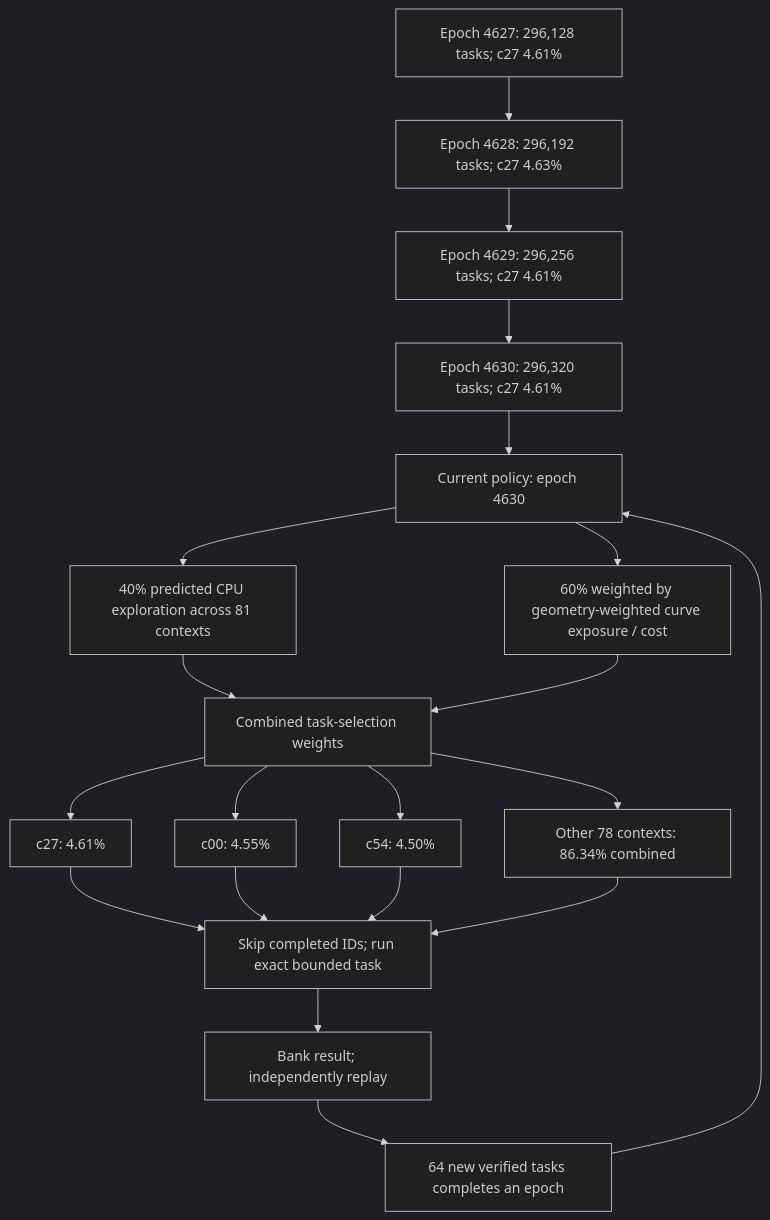
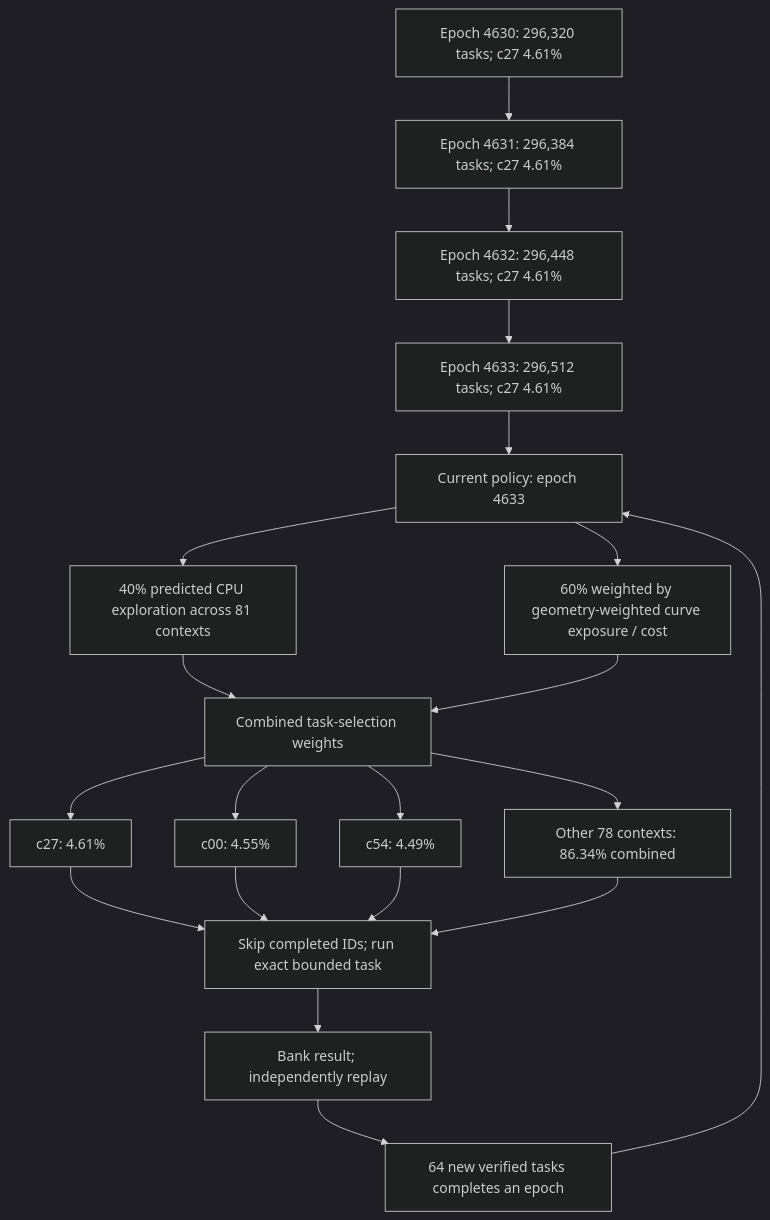
The first of 3 diagrams in README.md (Kuberwastaken/math-gambling), drawn with Mermaid (dark theme) before and after one commit. The commit also changed other lines of this file and 2344 other files, not shown here.

````diff
--- a/README.md
+++ b/README.md
@@ -60,27 +60,27 @@
 ```mermaid
 flowchart TD
-    H0["Epoch 4627: 296,128 tasks; c27 4.61%"]
-    H1["Epoch 4628: 296,192 tasks; c27 4.63%"]
+    H0["Epoch 4630: 296,320 tasks; c27 4.61%"]
+    H1["Epoch 4631: 296,384 tasks; c27 4.61%"]
     H0 --> H1
-    H2["Epoch 4629: 296,256 tasks; c27 4.61%"]
+    H2["Epoch 4632: 296,448 tasks; c27 4.61%"]
     H1 --> H2
-    H3["Epoch 4630: 296,320 tasks; c27 4.61%"]
+    H3["Epoch 4633: 296,512 tasks; c27 4.61%"]
     H2 --> H3
-    Policy["Current policy: epoch 4630"]
+    Policy["Current policy: epoch 4633"]
     H3 --> Policy
     Policy --> Explore["40% predicted CPU exploration across 81 contexts"]
     Policy --> Cost["60% weighted by geometry-weighted curve exposure / cost"]
     Explore --> Mix["Combined task-selection weights"]
     Cost --> Mix
     Mix --> C0["c27: 4.61%"]
     Mix --> C1["c00: 4.55%"]
-    Mix --> C2["c54: 4.50%"]
+    Mix --> C2["c54: 4.49%"]
     Mix --> Rest["Other 78 contexts: 86.34% combined"]
     C0 --> Check["Skip completed IDs; run exact bounded task"]
     C1 --> Check
     C2 --> Check
     Rest --> Check
     Check --> Replay["Bank result; independently replay"]
     Replay --> Gate["64 new verified tasks completes an epoch"]
     Gate --> Policy
 ```
````
